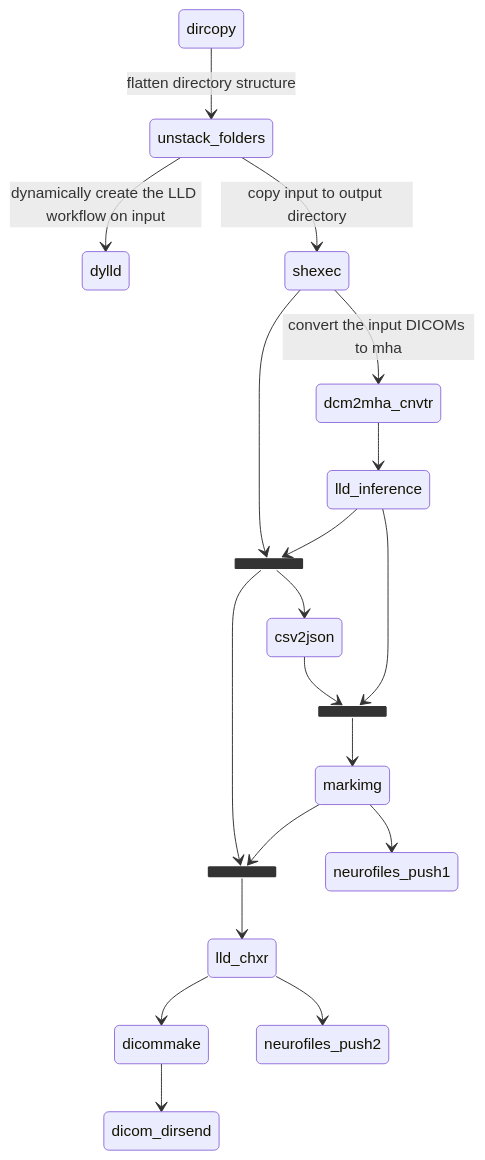
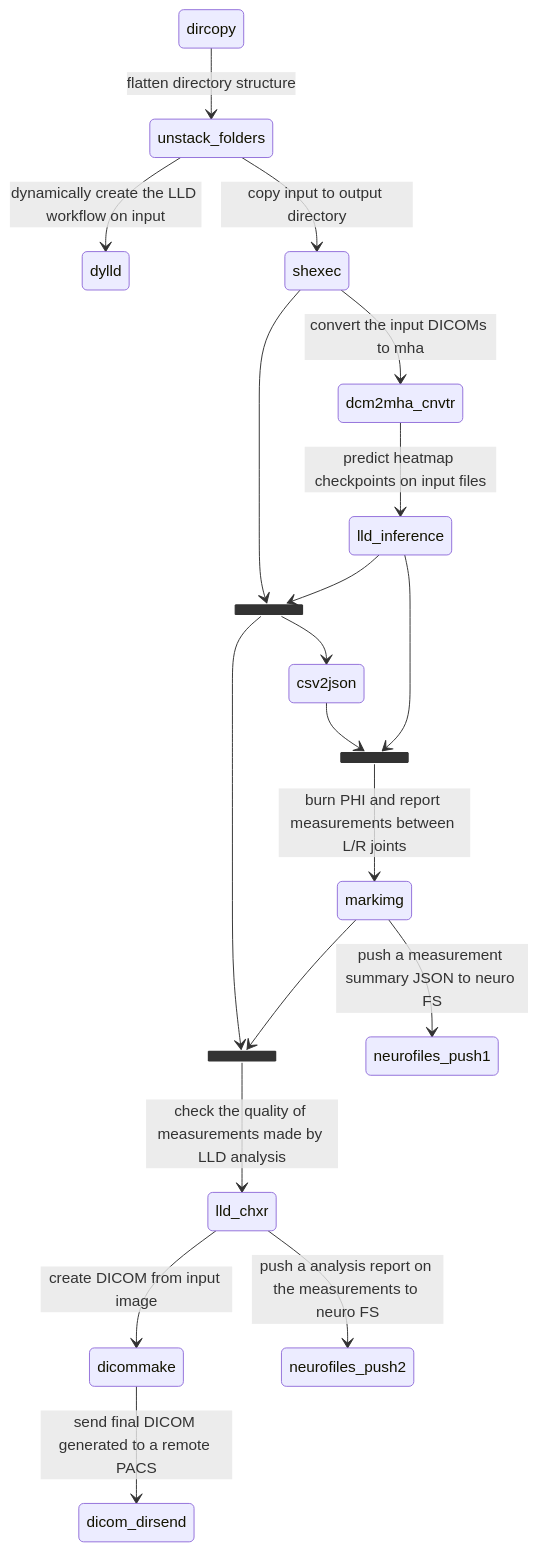
One commit to FNNDSC/CHRIS_docs changed the diagram in workflows/LLD.md. Above: the diagram before and after it, drawn with Mermaid. The commit also changed other lines of this file, not shown here.

Commit message:
added documentation of LLD analysis with explanation

````diff
--- a/workflows/LLD.md
+++ b/workflows/LLD.md
@@ -18,25 +22,25 @@
 ```mermaid
    stateDiagram-v2
     dircopy --> unstack_folders: flatten directory structure
     unstack_folders --> dylld: dynamically create the LLD workflow on input
     unstack_folders --> shexec: copy input to output directory
     shexec --> dcm2mha_cnvtr: convert the input DICOMs to mha
     state topologicalcopy1 <<join>>
     state topologicalcopy2 <<join>>
     state topologicalcopy3 <<join>>
     shexec --> topologicalcopy2
     topologicalcopy2 --> csv2json
     topologicalcopy2 --> topologicalcopy3
-    topologicalcopy3 --> lld_chxr
-    lld_chxr --> dicommake
-    lld_chxr --> neurofiles_push2
-    dicommake --> dicom_dirsend
+    topologicalcopy3 --> lld_chxr: check the quality of measurements made by LLD analysis
+    lld_chxr --> dicommake: create DICOM from input image
+    lld_chxr --> neurofiles_push2: push a analysis report on the measurements to neuro FS
+    dicommake --> dicom_dirsend: send final DICOM generated to a remote PACS 
     csv2json --> topologicalcopy1
-    dcm2mha_cnvtr --> lld_inference
+    dcm2mha_cnvtr --> lld_inference: predict heatmap checkpoints on input files
     lld_inference --> topologicalcopy1
     lld_inference --> topologicalcopy2
-    topologicalcopy1 --> markimg
-    markimg --> neurofiles_push1
+    topologicalcopy1 --> markimg: burn PHI and report measurements between L/R joints
+    markimg --> neurofiles_push1: push a measurement summary JSON to neuro FS
     markimg --> topologicalcopy3
     
 ```
````
